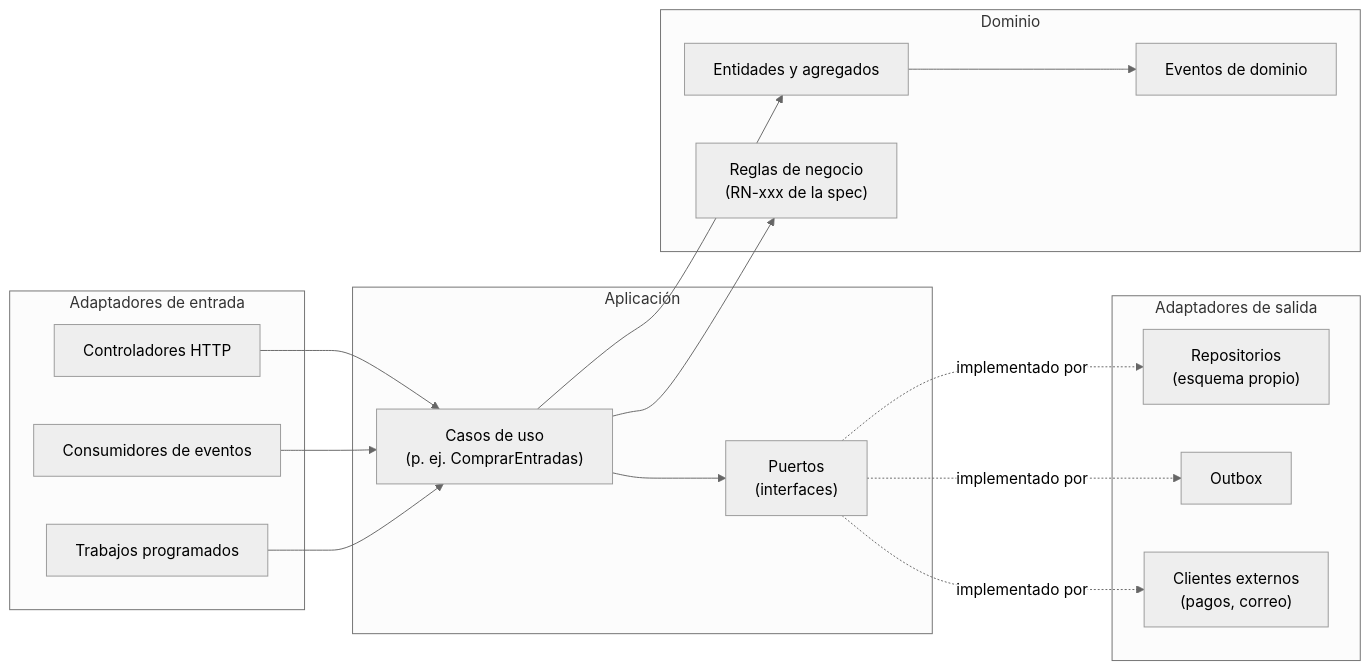
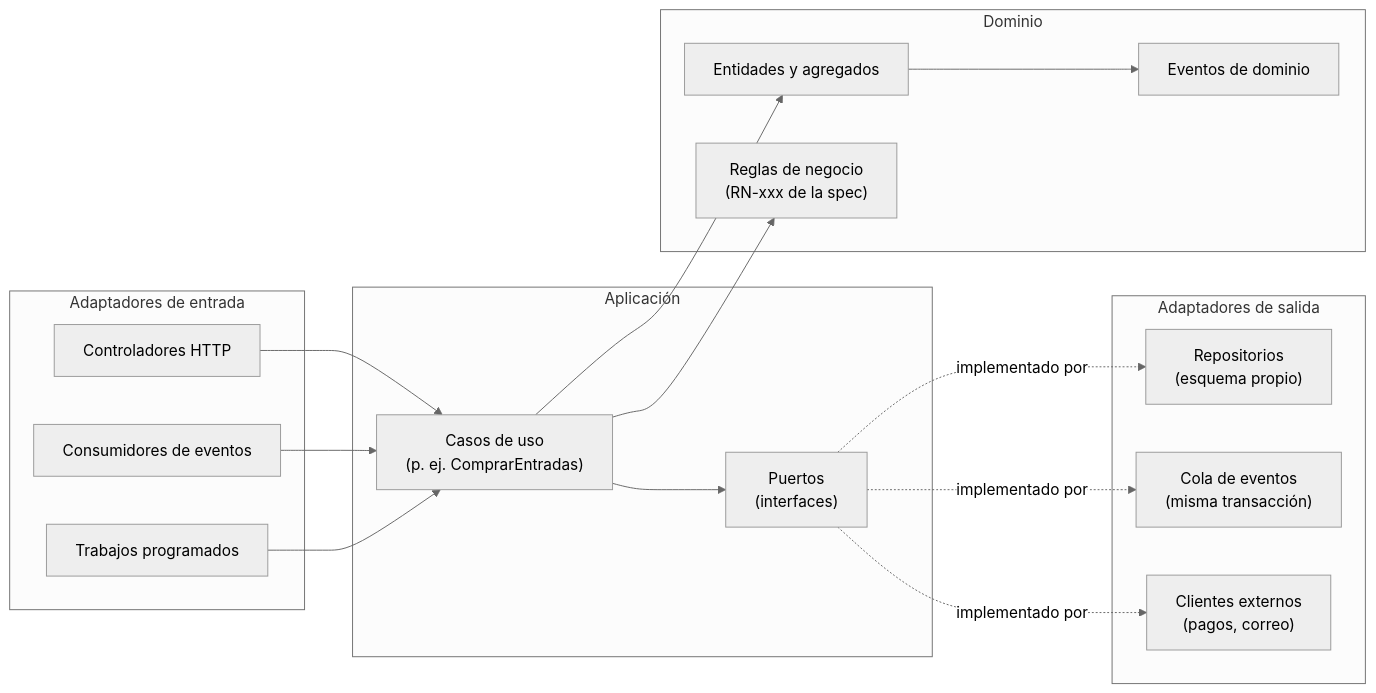
One commit to Kevrc/festival-artes-vivas-loja changed the second of 7 diagrams in docs/arquitectura/01-vista-logica.md. Above: the diagram before and after it, drawn with Mermaid (neutral theme). The commit also changed other lines of this file and 5 other files, not shown here.

````diff
--- a/docs/arquitectura/01-vista-logica.md
+++ b/docs/arquitectura/01-vista-logica.md
@@ -56,27 +56,27 @@
 ```mermaid
 flowchart LR
     subgraph Entrada["Adaptadores de entrada"]
         HTTP["Controladores HTTP"]
         CONS["Consumidores de eventos"]
         JOBS["Trabajos programados"]
     end
     subgraph Aplicacion["Aplicación"]
         CU["Casos de uso<br/>(p. ej. ComprarEntradas)"]
         PU["Puertos<br/>(interfaces)"]
     end
     subgraph Dominio
         ENT["Entidades y agregados"]
         REG["Reglas de negocio<br/>(RN-xxx de la spec)"]
         EVD["Eventos de dominio"]
     end
     subgraph Salida["Adaptadores de salida"]
         REPO["Repositorios<br/>(esquema propio)"]
-        OUT["Outbox"]
+        OUT["Cola de eventos<br/>(misma transacción)"]
         EXT["Clientes externos<br/>(pagos, correo)"]
     end
     HTTP & CONS & JOBS --> CU
     CU --> ENT & REG
     ENT --> EVD
     CU --> PU
     PU -. implementado por .-> REPO & OUT & EXT
 ```
````
